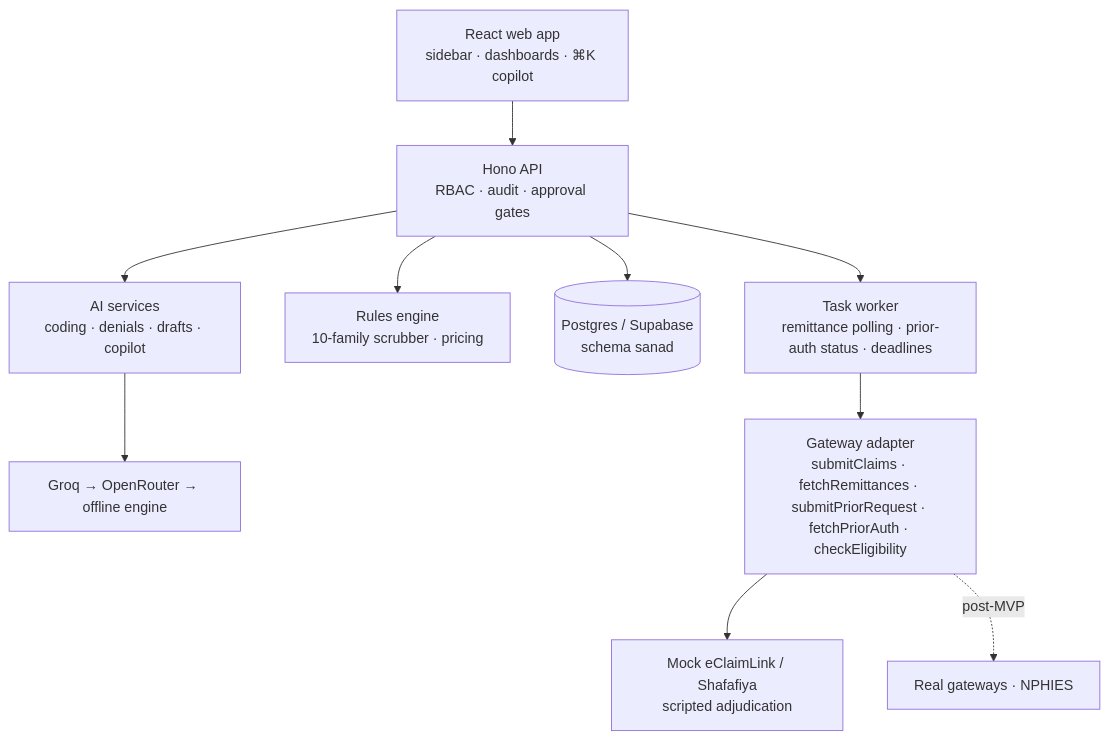
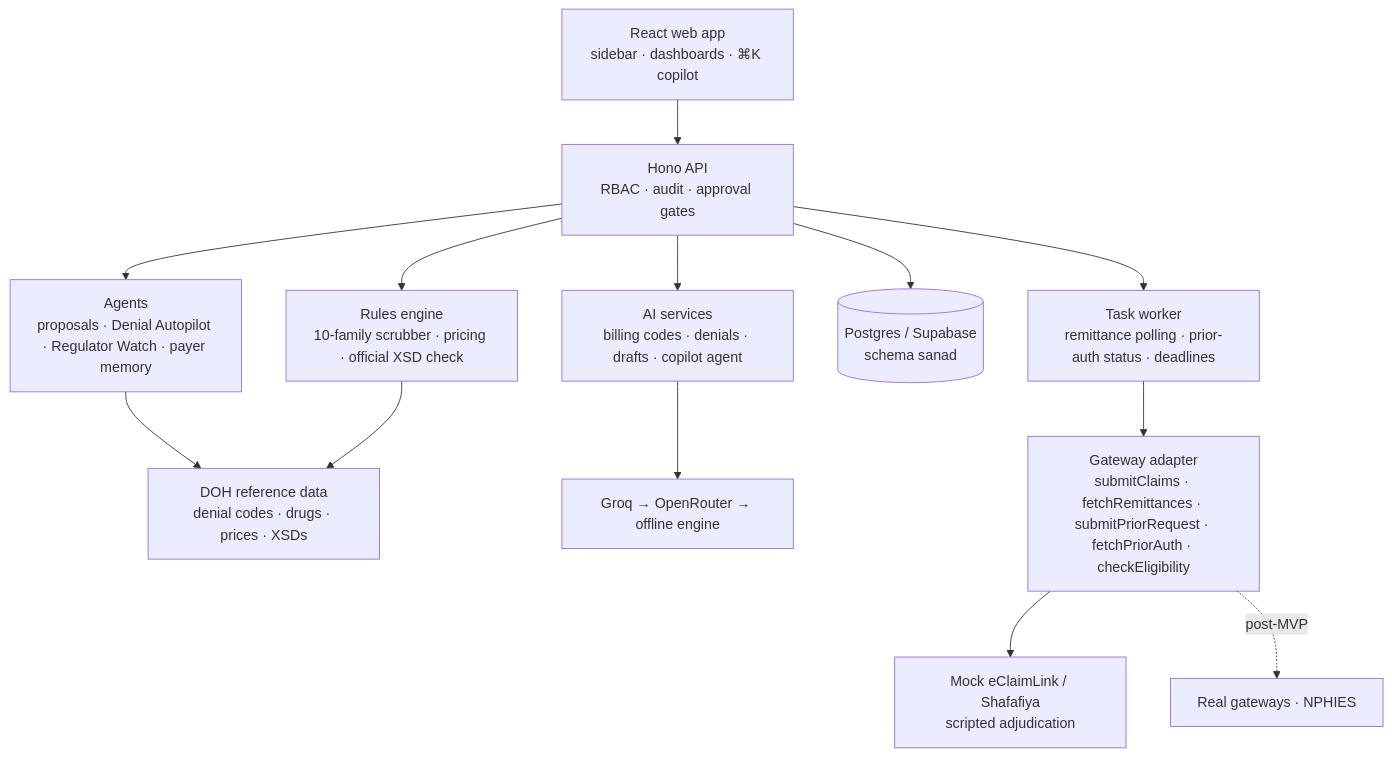
Before and after one commit to AshokNaik009/sanad: the diagram in README.md, drawn with Mermaid. The commit also changed other lines of this file and 3 other files, not shown here.

````diff
--- a/README.md
+++ b/README.md
@@ -140,12 +151,15 @@
 ```mermaid
 flowchart TD
   UI[React web app<br/>sidebar · dashboards · ⌘K copilot] --> API[Hono API<br/>RBAC · audit · approval gates]
-  API --> AI[AI services<br/>coding · denials · drafts · copilot]
+  API --> AI[AI services<br/>billing codes · denials · drafts · copilot agent]
+  API --> AGENTS[Agents<br/>proposals · Denial Autopilot · Regulator Watch · payer memory]
+  AGENTS --> REF[DOH reference data<br/>denial codes · drugs · prices · XSDs]
   AI --> LLM[Groq → OpenRouter → offline engine]
-  API --> RULES[Rules engine<br/>10-family scrubber · pricing]
+  API --> RULES[Rules engine<br/>10-family scrubber · pricing · official XSD check]
+  RULES --> REF
   API --> DB[(Postgres / Supabase<br/>schema sanad)]
   API --> TASKS[Task worker<br/>remittance polling · prior-auth status · deadlines]
   TASKS --> ADP[Gateway adapter<br/>submitClaims · fetchRemittances · submitPriorRequest · fetchPriorAuth · checkEligibility]
   ADP --> MOCK[Mock eClaimLink / Shafafiya<br/>scripted adjudication]
   ADP -.post-MVP.-> REAL[Real gateways · NPHIES]
 ```
````
